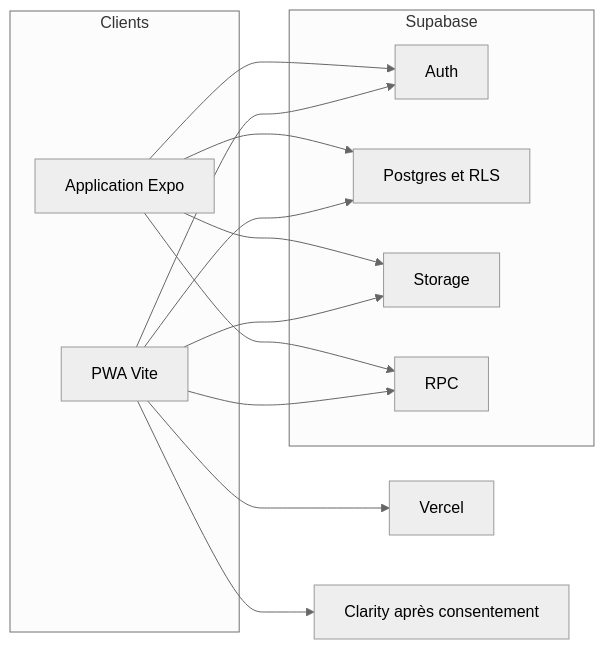
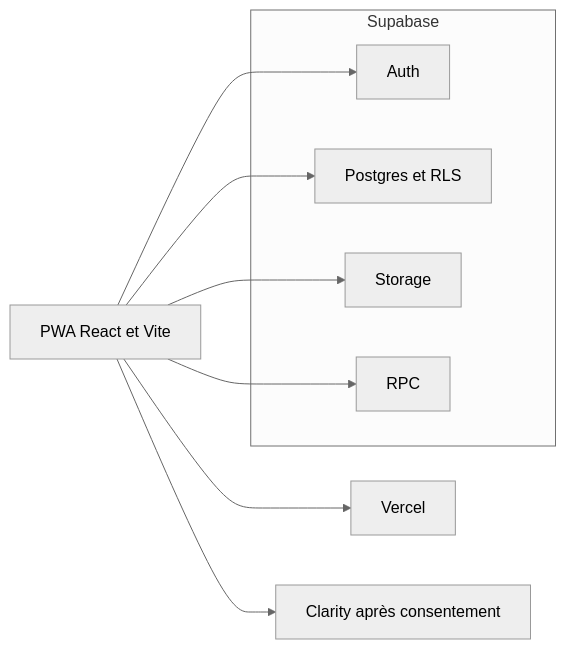
One commit to Melvyn972/VetoPoils changed the diagram in README.md. Above: the diagram before and after it, drawn with Mermaid (neutral theme). The commit also changed other lines of this file and 136 other files, not shown here.

````diff
--- a/README.md
+++ b/README.md
@@ -52,25 +50,18 @@
 ```mermaid
 flowchart LR
-  subgraph clients [Clients]
-    mobile[Application Expo]
-    web[PWA Vite]
-  end
+  web[PWA React et Vite]
 
   subgraph supabase [Supabase]
     auth[Auth]
     db[Postgres et RLS]
     storage[Storage]
     rpc[RPC]
   end
 
-  mobile --> auth
-  mobile --> db
-  mobile --> storage
-  mobile --> rpc
   web --> auth
   web --> db
   web --> storage
   web --> rpc
   web --> vercel[Vercel]
   web --> clarity[Clarity après consentement]
 ```
````
